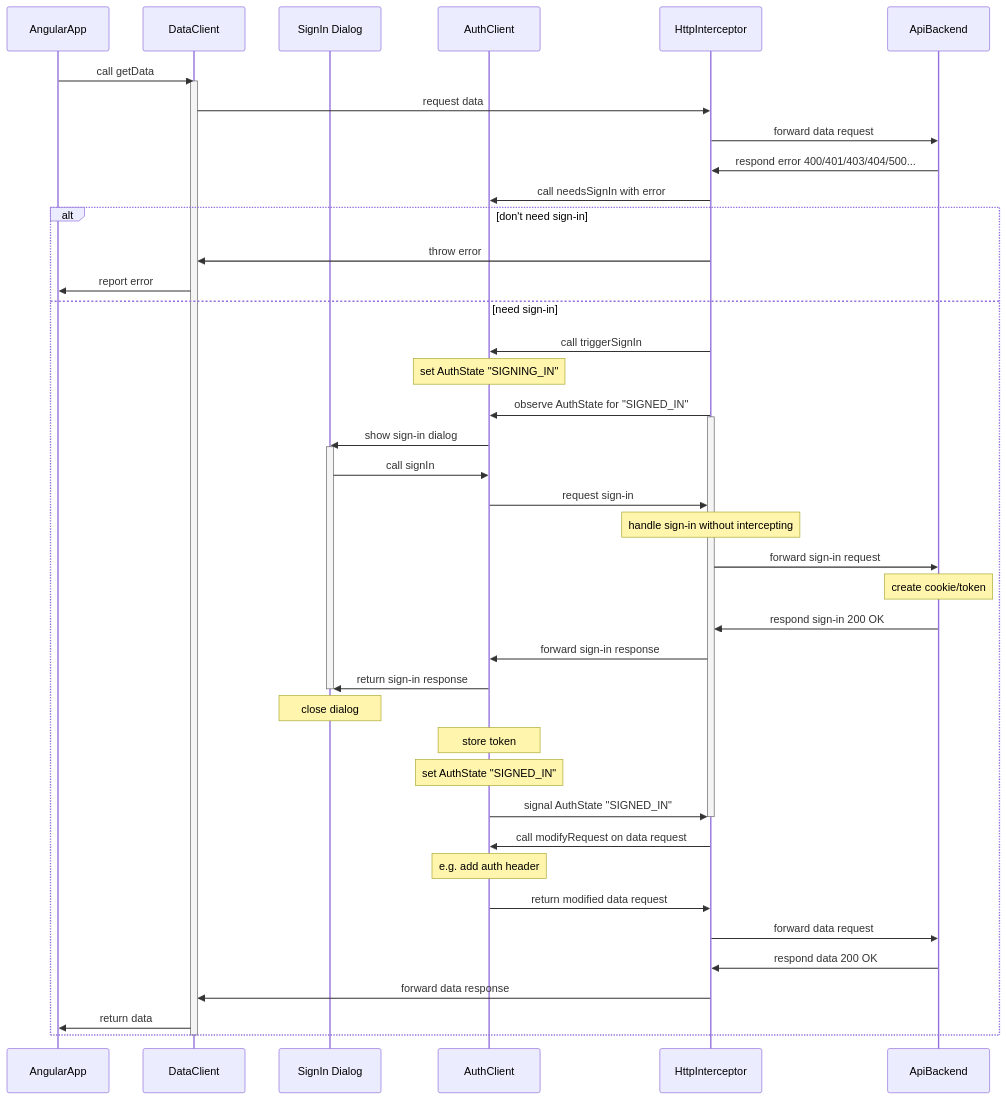
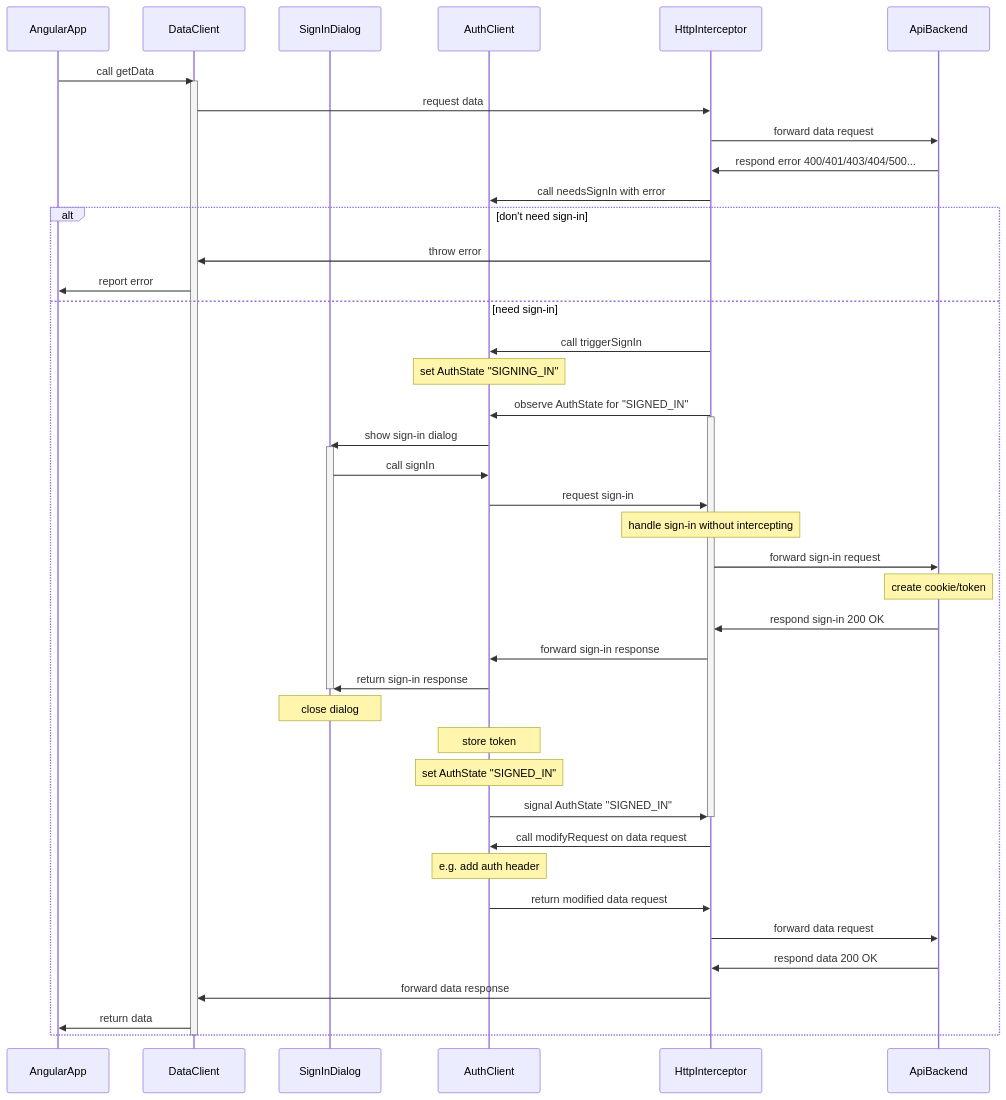
One commit to flens-dev/modern-angular changed the diagram in libs/tools/auth/README.md. Above: the diagram before and after it, drawn with Mermaid.

Commit message:
tools/auth - update diagram

````diff
--- a/libs/tools/auth/README.md
+++ b/libs/tools/auth/README.md
@@ -3,49 +3,49 @@
 ```mermaid
 sequenceDiagram
   participant A as AngularApp
   participant D as DataClient
-  participant L as SignIn Dialog
+  participant L as SignInDialog
   participant S as AuthClient
   participant H as HttpInterceptor
   participant B as ApiBackend
 
   A->>D: call getData
   activate D
   D->>H: request data
   H->>B: forward data request
   B->>H: respond error 400/401/403/404/500...
   H->>S: call needsSignIn with error
   alt don't need sign-in
     H->>D: throw error
     D->>A: report error
   else need sign-in
     H->>S: call triggerSignIn
     Note over S: set AuthState "SIGNING_IN"
     H->>S: observe AuthState for "SIGNED_IN"
     activate H
     S->>L: show sign-in dialog
     activate L
     L->>S: call signIn
     S->>H: request sign-in
     Note over H: handle sign-in without intercepting
     H->>B: forward sign-in request
     Note over B: create cookie/token
     B->>H: respond sign-in 200 OK
     H->>S: forward sign-in response
     S->>L: return sign-in response
     deactivate L
     Note over L: close dialog
     Note over S: store token
     Note over S: set AuthState "SIGNED_IN"
     S->>H: signal AuthState "SIGNED_IN"
     deactivate H
     H->>S: call modifyRequest on data request
     Note over S: e.g. add auth header
     S->>H: return modified data request
     H->>B: forward data request
     B->>H: respond data 200 OK
     H->>D: forward data response
     D->>A: return data
   end
   deactivate D
 ```
````
